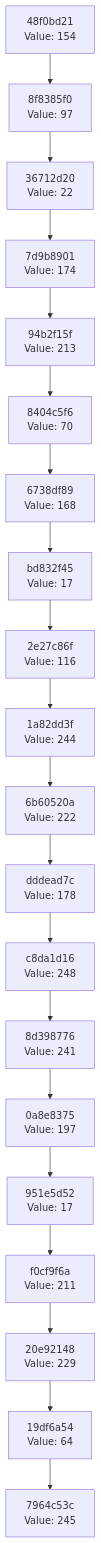
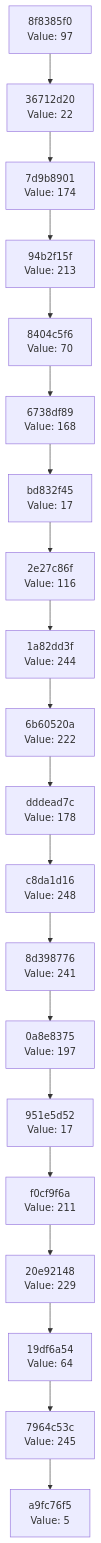
One commit to Abhisheksinha1506/hash-chain-evolver changed the diagram in docs/CHAIN_VISUALIZATION.md. Above: the diagram before and after it, drawn with Mermaid. The commit also changed 2 other files, not shown here.

Commit message:
Evolution Step

````diff
--- a/docs/CHAIN_VISUALIZATION.md
+++ b/docs/CHAIN_VISUALIZATION.md
@@ -3,42 +3,42 @@
 ```mermaid
 graph TD
-    C0["7964c53c<br/>Value: 245"]
-    C1["19df6a54<br/>Value: 64"]
+    C0["a9fc76f5<br/>Value: 5"]
+    C1["7964c53c<br/>Value: 245"]
     C1 --> C0
-    C2["20e92148<br/>Value: 229"]
+    C2["19df6a54<br/>Value: 64"]
     C2 --> C1
-    C3["f0cf9f6a<br/>Value: 211"]
+    C3["20e92148<br/>Value: 229"]
     C3 --> C2
-    C4["951e5d52<br/>Value: 17"]
+    C4["f0cf9f6a<br/>Value: 211"]
     C4 --> C3
-    C5["0a8e8375<br/>Value: 197"]
+    C5["951e5d52<br/>Value: 17"]
     C5 --> C4
-    C6["8d398776<br/>Value: 241"]
+    C6["0a8e8375<br/>Value: 197"]
     C6 --> C5
-    C7["c8da1d16<br/>Value: 248"]
+    C7["8d398776<br/>Value: 241"]
     C7 --> C6
-    C8["dddead7c<br/>Value: 178"]
+    C8["c8da1d16<br/>Value: 248"]
     C8 --> C7
-    C9["6b60520a<br/>Value: 222"]
+    C9["dddead7c<br/>Value: 178"]
     C9 --> C8
-    C10["1a82dd3f<br/>Value: 244"]
+    C10["6b60520a<br/>Value: 222"]
     C10 --> C9
-    C11["2e27c86f<br/>Value: 116"]
+    C11["1a82dd3f<br/>Value: 244"]
     C11 --> C10
-    C12["bd832f45<br/>Value: 17"]
+    C12["2e27c86f<br/>Value: 116"]
     C12 --> C11
-    C13["6738df89<br/>Value: 168"]
+    C13["bd832f45<br/>Value: 17"]
     C13 --> C12
-    C14["8404c5f6<br/>Value: 70"]
+    C14["6738df89<br/>Value: 168"]
     C14 --> C13
-    C15["94b2f15f<br/>Value: 213"]
+    C15["8404c5f6<br/>Value: 70"]
     C15 --> C14
-    C16["7d9b8901<br/>Value: 174"]
+    C16["94b2f15f<br/>Value: 213"]
     C16 --> C15
-    C17["36712d20<br/>Value: 22"]
+    C17["7d9b8901<br/>Value: 174"]
     C17 --> C16
-    C18["8f8385f0<br/>Value: 97"]
+    C18["36712d20<br/>Value: 22"]
     C18 --> C17
-    C19["48f0bd21<br/>Value: 154"]
+    C19["8f8385f0<br/>Value: 97"]
     C19 --> C18
 ```
````
